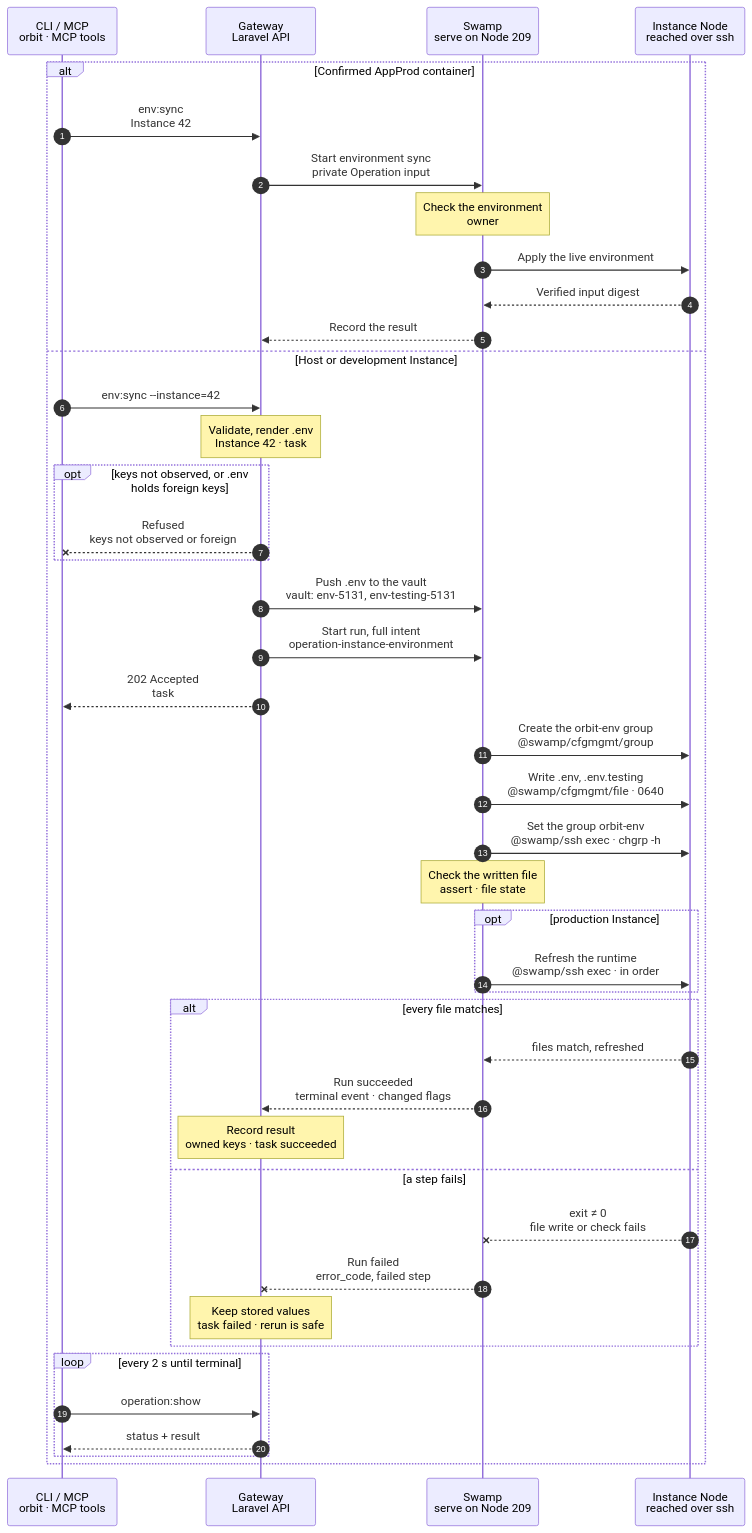
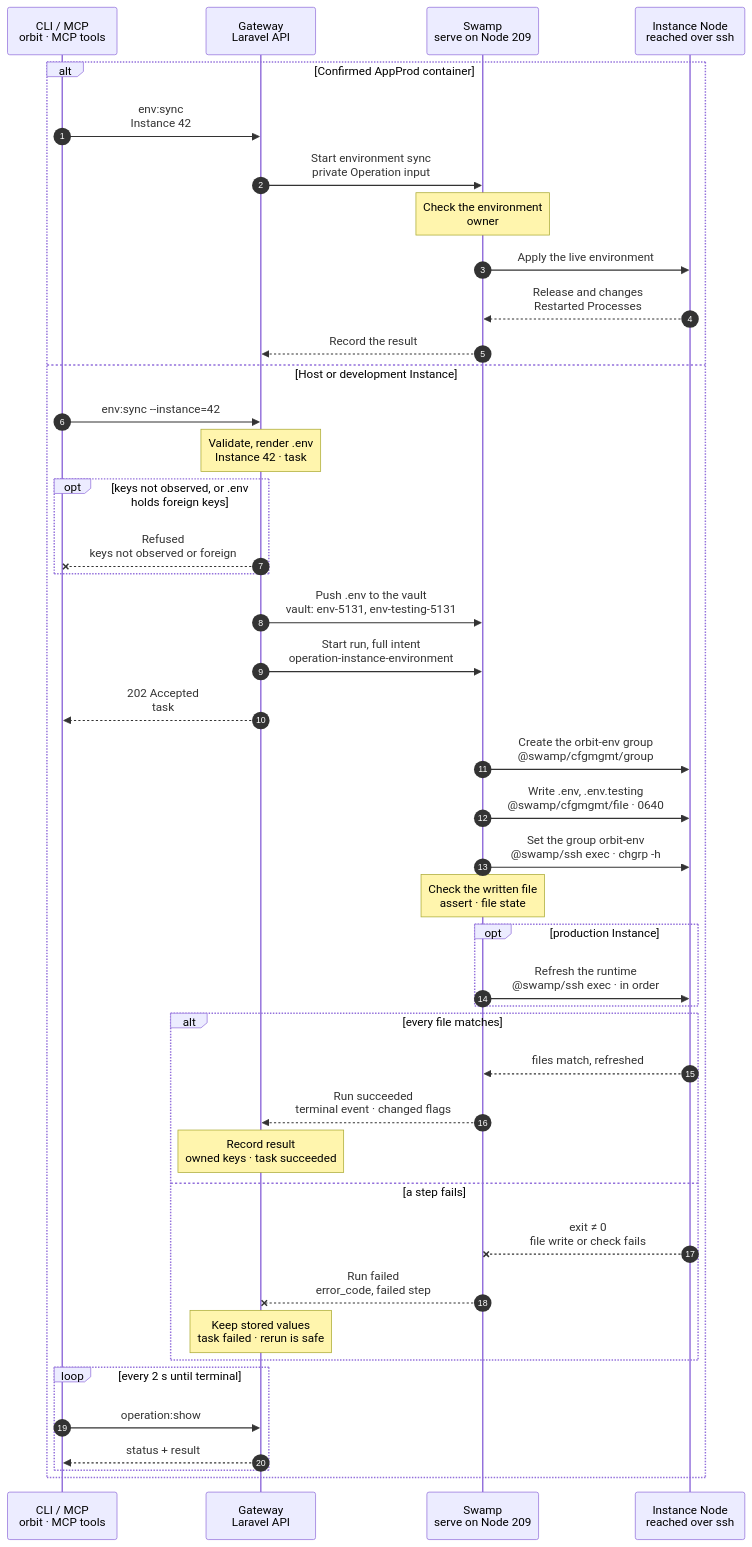
One commit to hardimpactdev/orbit changed the diagram in docs/cli/env/sync.mmd. Above: the diagram before and after it, drawn with Mermaid.

Commit message:
Show the serving release receipt in the environment sync chart

```diff
--- a/docs/cli/env/sync.mmd
+++ b/docs/cli/env/sync.mmd
@@ -1,167 +1,167 @@
 sequenceDiagram
   %% Target design: ADR 0244 task, R1-R4, decision swamp-vault-secrets (vault.get), orbit-gateway-renders-create-env (Gateway owns .env, no read-back), DECISIONS instance.sync_environment (vault after commit, @swamp/ssh from 209, no private-material fetch, no per-Node worker). docs/reference/environment-variables.md.
   %% Tightened: flow-tighten 2026-11-02, rules 14, 22 (cfgmgmt file for both files, its check as the end check; no script read, foreign-key check, report or assert step).
   %% Decided: Nick 2026-11-02, foreign-key protection at admission from the key names the Node agent reports; .env.testing only for an owned MySQL/PostgreSQL database, in the same file step.
   %% status: migrated
   %% Decided: Nick 2026-11-03, option 1: Orbit writes a managed .env as 0640 with group orbit-env, the agent's unit holds that group and reports key names only; a .env the agent can't read is not observed.
   %% command: env:sync
   %% kind: instance.sync_environment
   autonumber
   %% lane CLI icon=terminal pill=caller tone=gray
   %% lane GW icon=gateway pill=intent tone=blue
   %% lane SW icon=workflow pill=executes tone=green
   %% lane N icon=server pill=target tone=amber
   participant CLI as CLI / MCP<br/>orbit · MCP tools
   participant GW as Gateway<br/>Laravel API
   participant SW as Swamp<br/>serve on Node 209
   participant N as Instance Node<br/>reached over ssh
   alt Confirmed AppProd container
     CLI->>GW: env:sync<br/>Instance 42
     GW->>SW: Start environment sync<br/>private Operation input
     Note over SW: Check the environment<br/>owner
     SW->>N: Apply the live environment
-    N-->>SW: Verified input digest
+    N-->>SW: Release and changes<br/>Restarted Processes
     SW-->>GW: Record the result
   else Host or development Instance
   CLI->>GW: env:sync --instance=42
   %%> Command:
   %%> - `orbit env:sync --instance=42`
   %%> - syntax: `env:sync --instance=SELECTOR [--force] [--json]`
   %%> Input:
   %%> - the Instance: a numeric Instance ID or the exact domain of its Route
   %%> - `--force` overwrites keys that only the Node's `.env` holds
   %%> Who can call it:
   %%> - the `orbit` CLI and the MCP tool send the same request
   Note over GW: Validate, render .env<br/>Instance 42 · task #5131
   %%> Requirements:
   %%> - your Node has an access grant to Node 12, the Node of Instance 42
   %%> - Instance 42 is active, on a Node with exactly one active `app-dev` or `app-prod` role
   %%> - Instance 42 has stored configuration (`env.configuration_missing` otherwise)
   %%> - a stored `{{instance.domain}}` needs a settled Route (`env.reference_unavailable` otherwise)
   %%> - no other task holds Instance 42; the Gateway holds one lock per Instance and waits briefly for a busy one
   %%> Checks foreign keys:
   %%> - compares the `.env` key names the Node agent reported with the stored and owned keys; no values are read
   %%> - Orbit writes a managed `.env` as 0640 with group `orbit-env`, which the agent's unit holds
   %%> - a `.env` the agent can't read, such as a hand-made 0600 file or a link, or a silent agent, leaves the names not observed
   %%> - when the agent reports that Git tracks `.env.testing`, the plan writes none
   %%> Renders .env:
   %%> - every stored key in sorted order, as a quoted value
   %%> - `{{instance.domain}}` from the Route, `{{instance.environment}}` from the Node role
   %%> Renders .env.testing:
   %%> - only when Instance 42 owns a database on a MySQL or PostgreSQL server
   %%> - the same `.env` with `APP_ENV=testing` and the test database credentials
   %%> - SQLite: none; `phpunit.xml` (`:memory:`) decides
   %%> Result:
   %%> - task #5131 recorded with the full intent and the sha256 of each rendered file
   %%> - nothing has happened on the Node yet
   opt keys not observed, or .env holds foreign keys
     GW--xCLI: Refused<br/>keys not observed or foreign
     %%> When:
     %%> - `env.keys_not_observed`: the Node agent has not reported the `.env` key names, and `--force` is not set
     %%> - `env.sync_would_drop_keys`: the Node's `.env` holds keys that Orbit neither stores nor wrote, and `--force` is not set
     %%> Result:
     %%> - the refusal names the keys; no task and no run start
     %%> Next:
     %%> - foreign keys: `env:import` adopts them first, or `env:sync --force` replaces the file
     %%> - not observed, as for a `.env` written 0600 before this mode: `env:import`, then `env:sync --force`, which drops nothing and writes the file 0640
   end
   GW->>SW: Push .env to the vault<br/>vault: env-5131, env-testing-5131
   %%> Why:
   %%> - `.env` holds secrets, which travel only through the vault (R3)
   %%> What it does:
   %%> - after the task commits, pushes the rendered files into Swamp's vault on Node 209
   %%> Result:
   %%> - the run reads them with `vault.get`; no step calls the Gateway back
   GW->>SW: Start run, full intent<br/>operation-instance-environment
   %%> What it does:
   %%> - starts one Swamp run on serve (Node 209)
   %%> Inputs:
   %%> - Node 12's address and SSH host keys; the SSH identity comes from the `swamp` role
   %%> - the account, the application directory, the file paths and the expected sha256 of each file
   %%> - the key names Orbit wrote last time, which it may remove
   %%> - production only: the release path and the Processes with `restart_on_deploy`
   %%> - secrets only as vault key names
   GW-->>CLI: 202 Accepted<br/>task #5131
   %%> What you get:
   %%> - the task number, at once
   %%> Next:
   %%> - the CLI follows the task with `operation:show`
   SW->>N: Create the orbit-env group<br/>@swamp/cfgmgmt/group
   %%> What it does:
   %%> - creates the system group when the Node lacks it; the Node agent's unit holds it
   SW->>N: Write .env, .env.testing<br/>@swamp/cfgmgmt/file · 0640
   %%> How:
   %%> - Swamp reaches Node 12 over SSH from 209 with `@swamp/ssh` and the official `@swamp/cfgmgmt/file` behavior; nothing is copied to the Node
   %%> What it does:
   %%> - writes the rendered `.env` from `vault.get env-5131`, mode `0640`
   %%> - with an owned MySQL or PostgreSQL database, writes `.env.testing` in the same step, replacing its content; no merge
   %%> - a Git-tracked `.env.testing` stays untouched: admission planned none
   %%> - leaves a file that already matches in place
   %%> Runs as:
   %%> - the Instance account, in its own directory, so no root write follows a link the account placed
   %%> Not included:
   %%> - renders nothing; the Gateway already rendered the files
   SW->>N: Set the group orbit-env<br/>@swamp/ssh exec · chgrp -h
   %%> What it does:
   %%> - root runs `chgrp -h orbit-env` on the written files; `-h` never follows a link
   %%> - the Node agent's unit holds `orbit-env`, so it may read the `.env` key names; it never reads `.env.testing`
   Note over SW: Check the written file<br/>assert · file state
   %%> What it does:
   %%> - compares the sha256 the file behavior recorded for each file with the rendered one
   %%> Why:
   %%> - the sync only counts when the Node holds exactly what the Gateway rendered
   %%> - a rerun writes and checks again
   opt production Instance
     SW->>N: Refresh the runtime<br/>@swamp/ssh exec · in order
     %%> When:
     %%> - on every production sync, also when `.env` did not change
     %%> What it does:
     %%> - runs `php artisan config:cache` as the Instance account in the release, as one `@swamp/ssh exec`, when the release has a config cache; an uncached release stays uncached
     %%> - reloads the PHP-FPM pool to reset OPcache
     %%> - restarts the running Processes that have `restart_on_deploy`
     %%> - each action is one `@swamp/ssh exec` command, one at a time
     %%> Not included:
     %%> - development Instances: they only get the file
   end
   alt every file matches
     N-->>SW: files match, refreshed
     %%> Returns:
     %%> - whether each file changed, and the runtime refresh status
     %%> Not returned:
     %%> - no values and no file content
     SW-->>GW: Run succeeded<br/>terminal event · changed flags
     %%> How the Gateway learns it:
     %%> - its shared run reader sees the terminal event and reads the run's outputs; Swamp never calls the Gateway
     Note over GW: Record result<br/>owned keys · task succeeded
     %%> Result:
     %%> - the synced key names become the keys Orbit owns on Instance 42
     %%> - task #5131 succeeds with `changed`, the testing status and the refresh status
   else a step fails
     N--xSW: exit ≠ 0<br/>file write or check fails
     %%> When:
     %%> - SSH fails, a write fails, or a file does not match after the write
     %%> How:
     %%> - the failing step ends the run with its own exit code; there is no report step
     %%> - production: the config cache or the Process restart fails
     SW--xGW: Run failed<br/>error_code, failed step
     %%> The Gateway reads:
     %%> - which step failed and its error code
     Note over GW: Keep stored values<br/>task failed · rerun is safe
     %%> Result:
     %%> - stored values and the owned-key list stay as they were
     %%> - task #5131 fails
     %%> On the Node:
     %%> - a refused file stays unchanged; a failed cache build keeps the old cache
     %%> - a file already written stays; there is no rollback
     %%> Retry:
     %%> - fix the cause, then run `env:sync` again; it is a new task
   end
   loop every 2 s until terminal
     CLI->>GW: operation:show #5131
     %%> What it does:
     %%> - asks for the task's status every 2 seconds until it has ended
     GW-->>CLI: status + result
     %%> Returns:
     %%> - the current status, and the result once the task has ended
   end
   end
```
